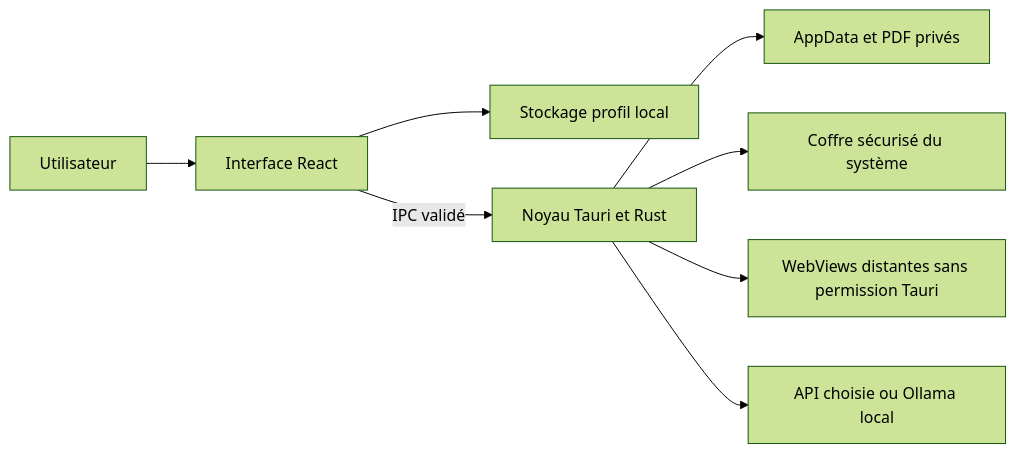
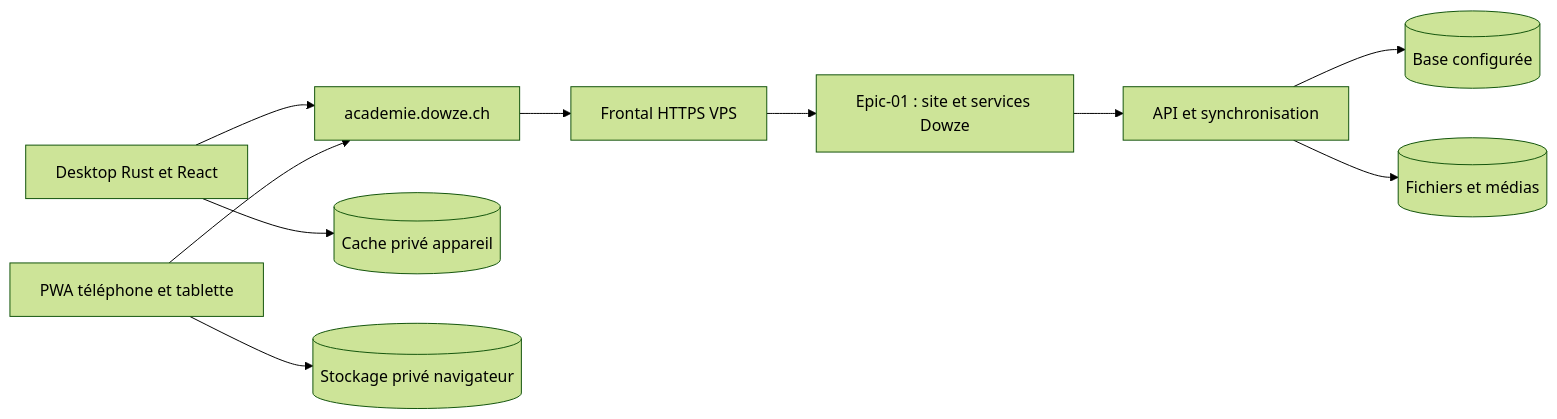
One commit to Louisdelez/dowze-academie changed the diagram in docs/ARCHITECTURE.md. Above: the diagram before and after it, drawn with Mermaid (forest theme). The commit also changed other lines of this file and 1284 other files, not shown here.

First line of the commit message:
Consolider Dowze Academie : desktop, PWA, API, audit et documentation

````diff
--- a/docs/ARCHITECTURE.md
+++ b/docs/ARCHITECTURE.md
@@ -5,10 +7,12 @@
 ```mermaid
 flowchart LR
-    U[Utilisateur] --> R[Interface React]
-    R --> P[Stockage profil local]
-    R -->|IPC validé| T[Noyau Tauri et Rust]
-    T --> A[AppData et PDF privés]
-    T --> K[Coffre sécurisé du système]
-    T --> W[WebViews distantes sans permission Tauri]
-    T --> C[API choisie ou Ollama local]
+    Desktop[Desktop Rust et React] --> HTTPS[academie.dowze.ch]
+    PWA[PWA téléphone et tablette] --> HTTPS
+    HTTPS --> Proxy[Frontal HTTPS VPS]
+    Proxy --> Epic[Epic-01 : site et services Dowze]
+    Epic --> API[API et synchronisation]
+    API --> DB[(Base configurée)]
+    API --> Blobs[(Fichiers et médias)]
+    Desktop --> Local[(Cache privé appareil)]
+    PWA --> Browser[(Stockage privé navigateur)]
 ```
````
